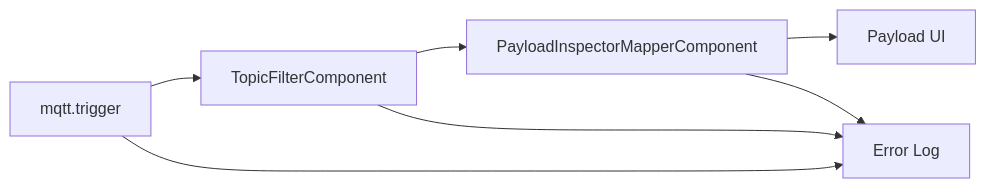
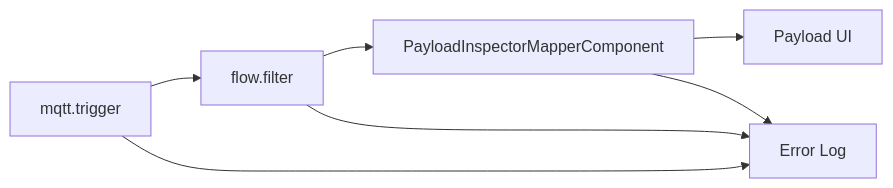
Diagram 16 of 19 in docs/flow-components.md (araxis/FluxMq), drawn with Mermaid before and after one commit. The commit also changed other lines of this file and 35 other files, not shown here.

````diff
--- a/docs/flow-components.md
+++ b/docs/flow-components.md
@@ -610,9 +610,9 @@
 ```mermaid
 flowchart LR
-    Source["mqtt.trigger"] --> Filter["TopicFilterComponent"]
+    Source["mqtt.trigger"] --> Filter["flow.filter"]
     Filter --> Mapper["PayloadInspectorMapperComponent"]
     Mapper --> Ui["Payload UI"]
     Source --> ErrorLog["Error Log"]
     Filter --> ErrorLog
     Mapper --> ErrorLog
 ```
````
